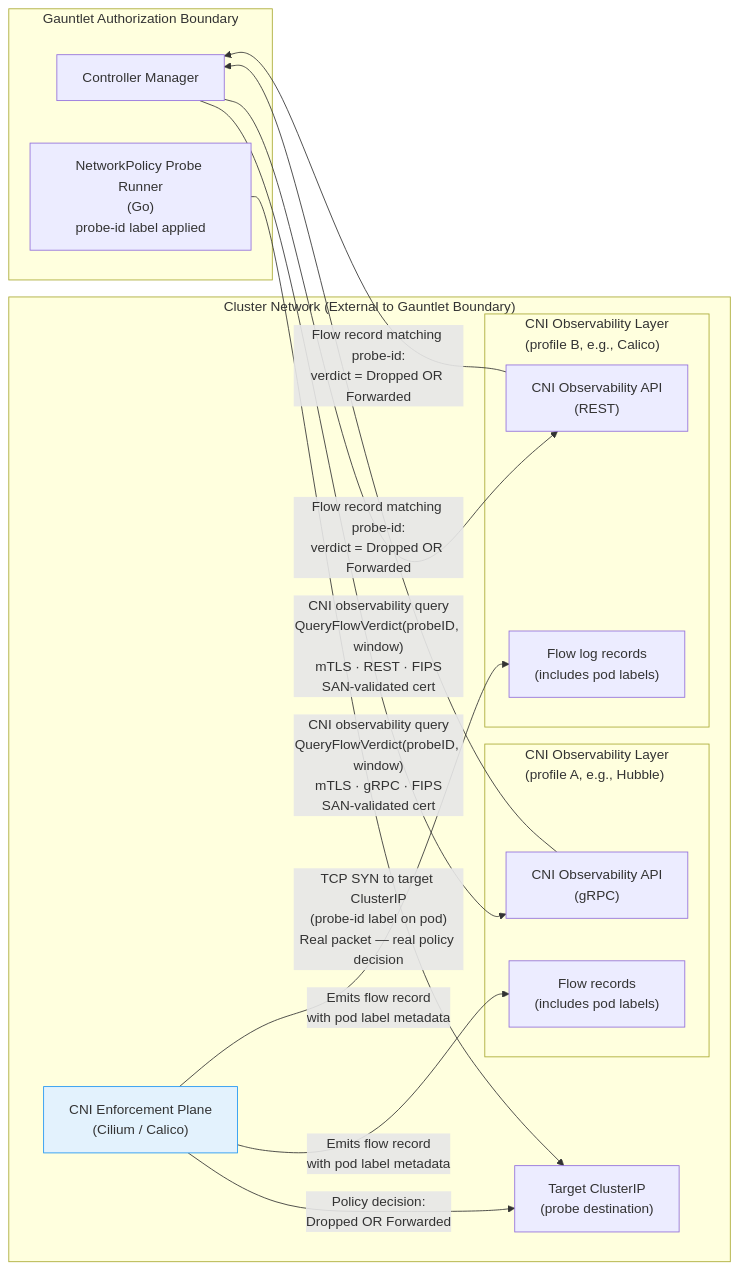
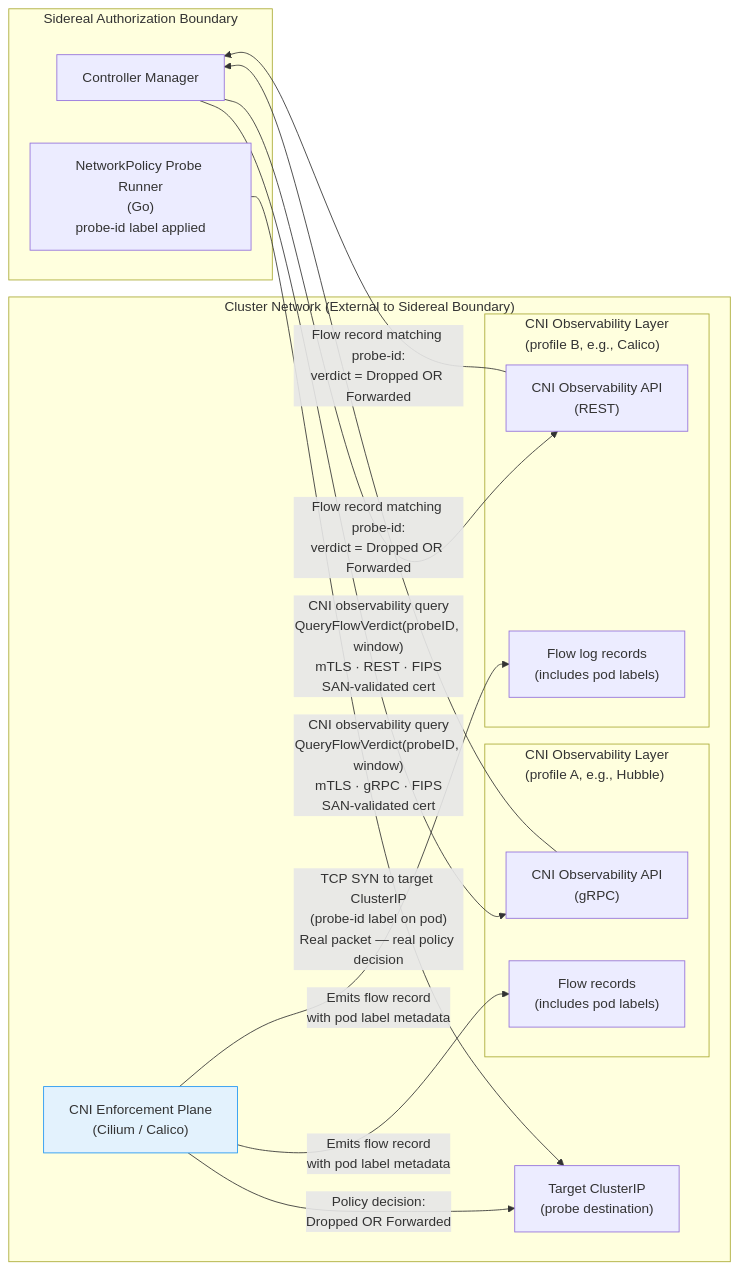
Before and after one commit to primaris-tech/sidereal: the third of 4 diagrams in compliance/diagrams/data-flows.md, drawn with Mermaid. The commit also changed other lines of this file and 104 other files, not shown here.

First line of the commit message:
Rename project from Gauntlet to Sidereal

````diff
--- a/compliance/diagrams/data-flows.md
+++ b/compliance/diagrams/data-flows.md
@@ -125,35 +125,35 @@
 ```mermaid
 flowchart LR
-    subgraph GAUNTLET ["Gauntlet Authorization Boundary"]
+    subgraph SIDEREAL ["Sidereal Authorization Boundary"]
         CTRL["Controller Manager"]
         NET_JOB["NetworkPolicy Probe Runner\n(Go)\nprobe-id label applied"]
     end
 
-    subgraph CLUSTER ["Cluster Network (External to Gauntlet Boundary)"]
+    subgraph CLUSTER ["Cluster Network (External to Sidereal Boundary)"]
         CNI_ENFORCE["CNI Enforcement Plane\n(Cilium / Calico)"]
         TARGET_SVC["Target ClusterIP\n(probe destination)"]
 
         subgraph CNI_OBS_A ["CNI Observability Layer\n(profile A, e.g., Hubble)"]
             CNI_OBS_API_A["CNI Observability API\n(gRPC)"]
             CNI_OBS_FLOWS_A["Flow records\n(includes pod labels)"]
         end
 
         subgraph CNI_OBS_B ["CNI Observability Layer\n(profile B, e.g., Calico)"]
             CNI_OBS_API_B["CNI Observability API\n(REST)"]
             CNI_OBS_FLOWS_B["Flow log records\n(includes pod labels)"]
         end
     end
 
     NET_JOB -->|"TCP SYN to target ClusterIP\n(probe-id label on pod)\nReal packet — real policy decision"| TARGET_SVC
     CNI_ENFORCE -->|"Policy decision:\nDropped OR Forwarded"| TARGET_SVC
     CNI_ENFORCE -->|"Emits flow record\nwith pod label metadata"| CNI_OBS_FLOWS_A
     CNI_ENFORCE -->|"Emits flow record\nwith pod label metadata"| CNI_OBS_FLOWS_B
 
     CTRL -->|"CNI observability query\nQueryFlowVerdict(probeID, window)\nmTLS · gRPC · FIPS\nSAN-validated cert"| CNI_OBS_API_A
     CNI_OBS_API_A -->|"Flow record matching probe-id:\nverdict = Dropped OR Forwarded"| CTRL
 
     CTRL -->|"CNI observability query\nQueryFlowVerdict(probeID, window)\nmTLS · REST · FIPS\nSAN-validated cert"| CNI_OBS_API_B
     CNI_OBS_API_B -->|"Flow record matching probe-id:\nverdict = Dropped OR Forwarded"| CTRL
 
     style CNI_ENFORCE fill:#e3f2fd,stroke:#2196F3
 ```
````
